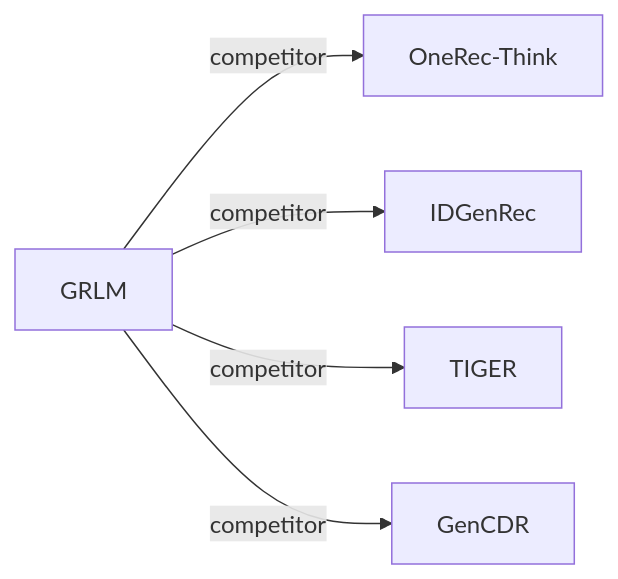
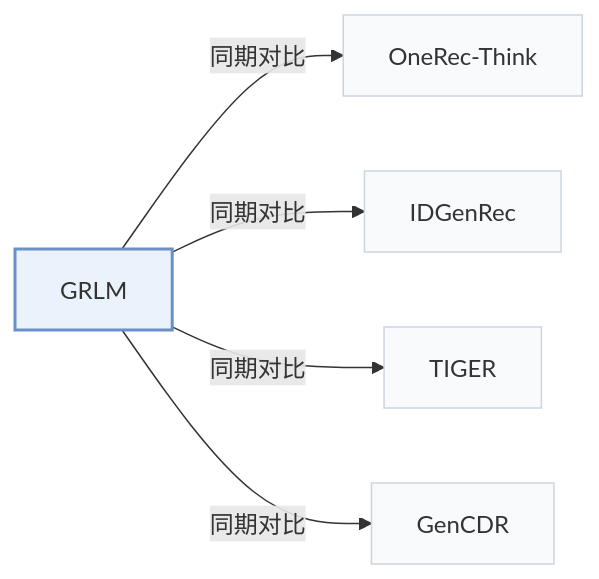
Before and after one commit to Galaxy-ghost/Awesome-SID-Generative-Rec: the third of 3 diagrams in pages/zh/papers/grlm.md, drawn with Mermaid. The commit also changed other lines of this file and 649 other files, not shown here.

Commit message:
writer-05: also tags and modality index (schema, check, build, visuals); summary field removed; calibration data for 12 papers

````diff
--- a/pages/zh/papers/grlm.md
+++ b/pages/zh/papers/grlm.md
@@ -123,8 +142,12 @@
 ```mermaid
 flowchart LR
     P["GRLM"]
-    P -->|competitor| A["OneRec-Think"]
-    P -->|competitor| B["IDGenRec"]
-    P -->|competitor| C["TIGER"]
-    P -->|competitor| D["GenCDR"]
+    P -->|"同期对比"| A["OneRec-Think"]
+    P -->|"同期对比"| B["IDGenRec"]
+    P -->|"同期对比"| C["TIGER"]
+    P -->|"同期对比"| D["GenCDR"]
+    classDef main fill:#eaf2fb,stroke:#6b8fc7,stroke-width:2px
+    classDef peer fill:#f8fafc,stroke:#cbd5e1
+    class P main
+    class A,B,C,D peer
 ```
````
